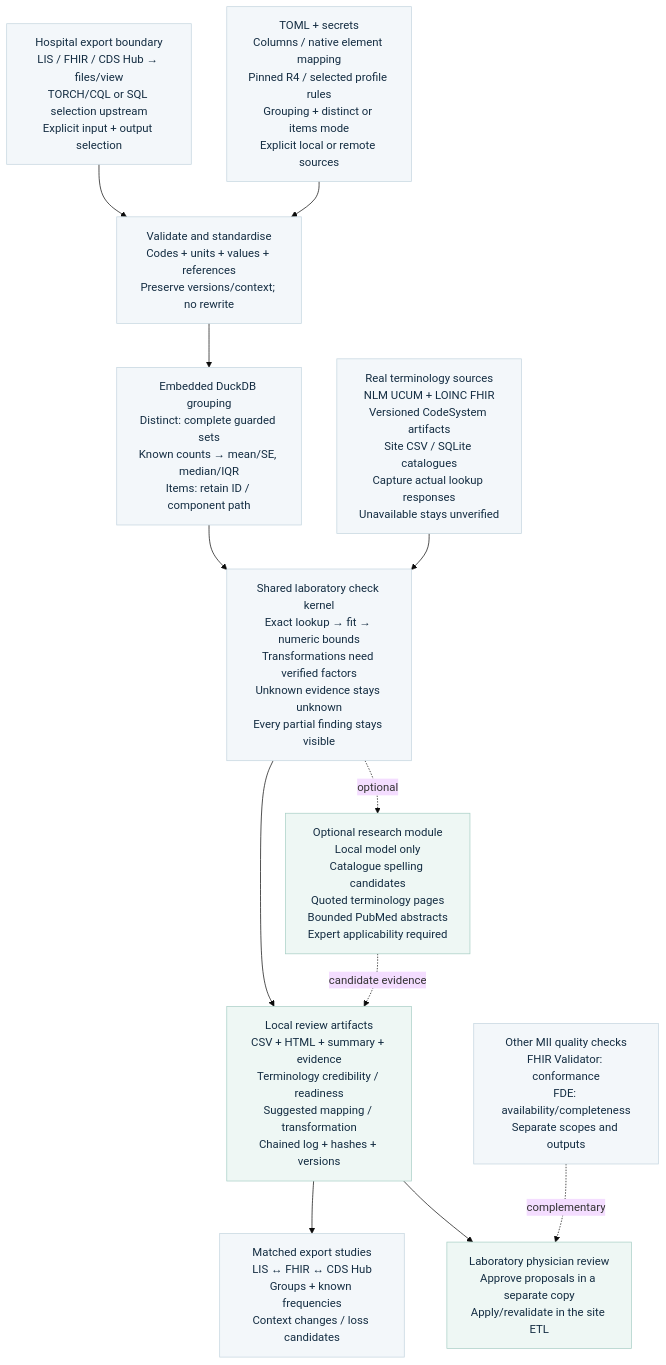
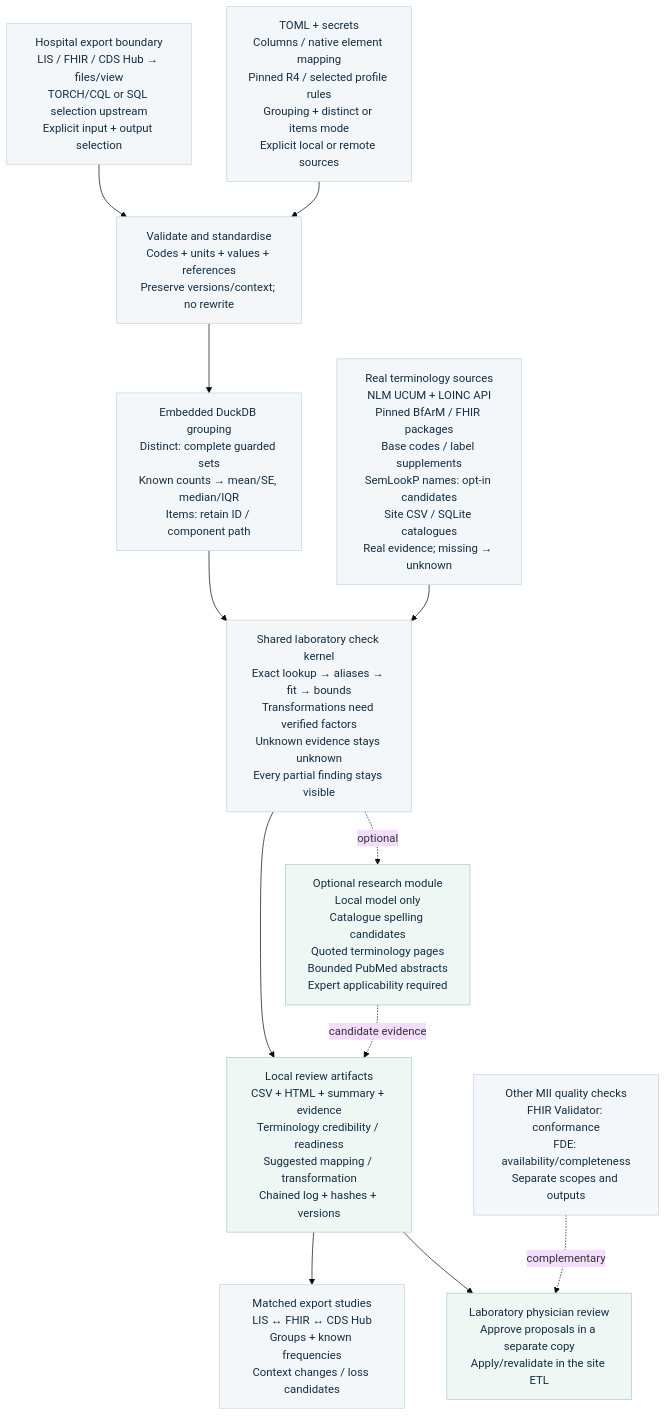
Before and after one commit to neumdan/semantic-plausibility: the diagram in docs/architecture.mmd, drawn with Mermaid (base theme). The commit also changed 43 other files, not shown here.

Commit message:
Add real BfArM packages, analyte aliases and terminology APIs

```diff
--- a/docs/architecture.mmd
+++ b/docs/architecture.mmd
@@ -1,29 +1,29 @@
 %% Same node/edge contract as architecture.svg.
 flowchart TD
     INPUT["Hospital export boundary<br/>LIS / FHIR / CDS Hub → files/view<br/>TORCH/CQL or SQL selection upstream<br/>Explicit input + output selection"]
     CONFIG["TOML + secrets<br/>Columns / native element mapping<br/>Pinned R4 / selected profile rules<br/>Grouping + distinct or items mode<br/>Explicit local or remote sources"]
     NORMAL["Validate and standardise<br/>Codes + units + values + references<br/>Preserve versions/context; no rewrite"]
     GROUP["Embedded DuckDB grouping<br/>Distinct: complete guarded sets<br/>Known counts → mean/SE, median/IQR<br/>Items: retain ID / component path"]
-    REF["Real terminology sources<br/>NLM UCUM + LOINC FHIR<br/>Versioned CodeSystem artifacts<br/>Site CSV / SQLite catalogues<br/>Capture actual lookup responses<br/>Unavailable stays unverified"]
-    CHECK["Shared laboratory check kernel<br/>Exact lookup → fit → numeric bounds<br/>Transformations need verified factors<br/>Unknown evidence stays unknown<br/>Every partial finding stays visible"]
+    REF["Real terminology sources<br/>NLM UCUM + LOINC API<br/>Pinned BfArM / FHIR packages<br/>Base codes / label supplements<br/>SemLookP names: opt-in candidates<br/>Site CSV / SQLite catalogues<br/>Real evidence; missing → unknown"]
+    CHECK["Shared laboratory check kernel<br/>Exact lookup → aliases → fit → bounds<br/>Transformations need verified factors<br/>Unknown evidence stays unknown<br/>Every partial finding stays visible"]
     RESEARCH["Optional research module<br/>Local model only<br/>Catalogue spelling candidates<br/>Quoted terminology pages<br/>Bounded PubMed abstracts<br/>Expert applicability required"]
     QC["Other MII quality checks<br/>FHIR Validator: conformance<br/>FDE: availability/completeness<br/>Separate scopes and outputs"]
     OUTPUT["Local review artifacts<br/>CSV + HTML + summary + evidence<br/>Terminology credibility / readiness<br/>Suggested mapping / transformation<br/>Chained log + hashes + versions"]
     STUDY["Matched export studies<br/>LIS ↔ FHIR ↔ CDS Hub<br/>Groups + known frequencies<br/>Context changes / loss candidates"]
     EXPERT["Laboratory physician review<br/>Approve proposals in a separate copy<br/>Apply/revalidate in the site ETL"]
     INPUT --> NORMAL
     CONFIG --> NORMAL
     NORMAL --> GROUP
     GROUP --> CHECK
     REF --> CHECK
     CHECK -.-> |"optional"| RESEARCH
     CHECK --> OUTPUT
     RESEARCH -.-> |"candidate evidence"| OUTPUT
     OUTPUT --> STUDY
     OUTPUT --> EXPERT
     QC -.-> |"complementary"| EXPERT
     classDef normal fill:#f3f7fa,stroke:#c4d5df,color:#142d42
     class INPUT,CONFIG,NORMAL,GROUP,REF,CHECK,QC,STUDY normal
     classDef teal fill:#eef7f4,stroke:#a8cfc6,color:#142d42
     class RESEARCH,OUTPUT,EXPERT teal
     classDef error fill:#fcf1f3,stroke:#ecc7cf,color:#142d42
```
